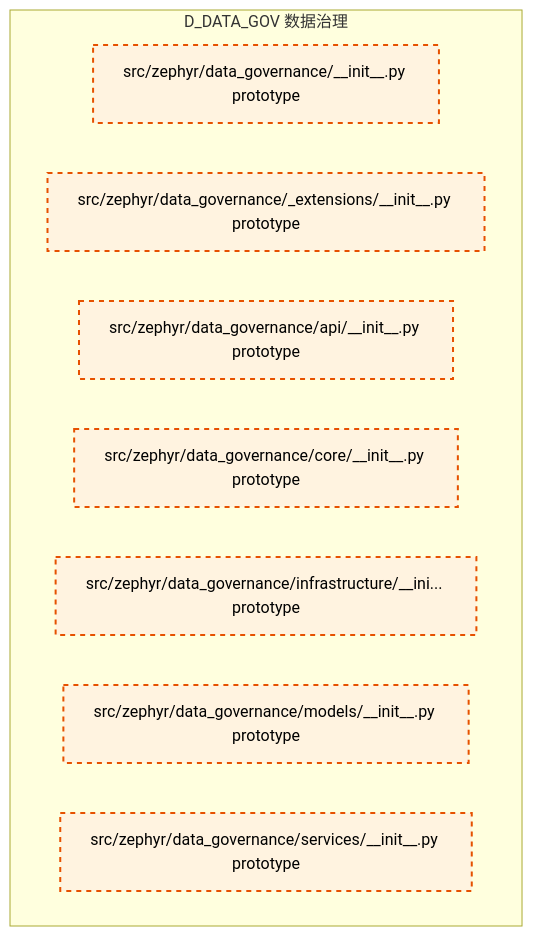
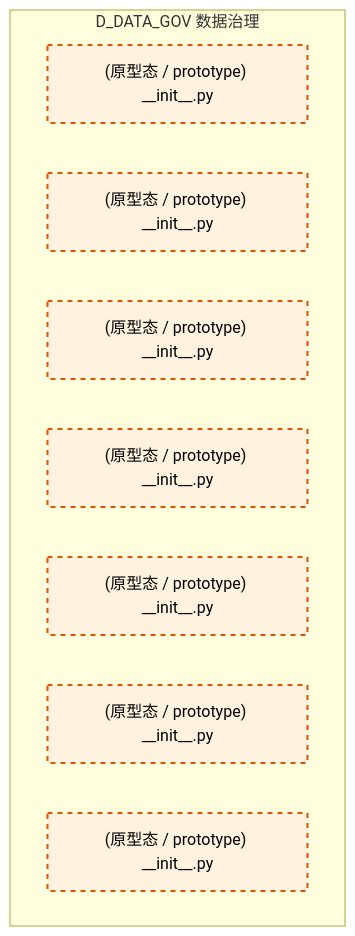
One commit to xuanFelixVan/ZephyrAlpha changed the diagram in docs/02_enterprise_architecture/02_domain_architecture_docs/09_d_data_gov.md. Above: the diagram before and after it, drawn with Mermaid. The commit also changed other lines of this file and 100 other files, not shown here.

````diff
--- a/docs/02_enterprise_architecture/02_domain_architecture_docs/09_d_data_gov.md
+++ b/docs/02_enterprise_architecture/02_domain_architecture_docs/09_d_data_gov.md
@@ -47,17 +49,17 @@
 ```mermaid
 graph TD
     subgraph D_DATA_GOV["D_DATA_GOV 数据治理"]
-        src_zephyr_data_governance_init_py["src/zephyr/data_governance/__init__.py prototype"]
-        src_zephyr_data_governance_extensions_init_py["src/zephyr/data_governance/_extensions/__init__.py prototype"]
-        src_zephyr_data_governance_api_init_py["src/zephyr/data_governance/api/__init__.py prototype"]
-        src_zephyr_data_governance_core_init_py["src/zephyr/data_governance/core/__init__.py prototype"]
-        src_zephyr_data_governance_infrastructure_init_py["src/zephyr/data_governance/infrastructure/__ini... prototype"]
-        src_zephyr_data_governance_models_init_py["src/zephyr/data_governance/models/__init__.py prototype"]
-        src_zephyr_data_governance_services_init_py["src/zephyr/data_governance/services/__init__.py prototype"]
+        src_zephyr_data_governance_init_py["(原型态 / prototype) __init__.py"]
+        src_zephyr_data_governance_extensions_init_py["(原型态 / prototype) __init__.py"]
+        src_zephyr_data_governance_api_init_py["(原型态 / prototype) __init__.py"]
+        src_zephyr_data_governance_core_init_py["(原型态 / prototype) __init__.py"]
+        src_zephyr_data_governance_infrastructure_init_py["(原型态 / prototype) __init__.py"]
+        src_zephyr_data_governance_models_init_py["(原型态 / prototype) __init__.py"]
+        src_zephyr_data_governance_services_init_py["(原型态 / prototype) __init__.py"]
     end
     classDef production fill:#e1f5fe,stroke:#01579b,stroke-width:2px,color:#000
     classDef design fill:#fff3e0,stroke:#e65100,stroke-width:2px,color:#000,stroke-dasharray: 5 5
     classDef external_prod fill:#e8f5e9,stroke:#1b5e20,stroke-width:1px,color:#000
     classDef external_design fill:#fce4ec,stroke:#880e4f,stroke-width:1px,color:#000,stroke-dasharray: 5 5
     class src_zephyr_data_governance_init_py,src_zephyr_data_governance_extensions_init_py,src_zephyr_data_governance_api_init_py,src_zephyr_data_governance_core_init_py,src_zephyr_data_governance_infrastructure_init_py,src_zephyr_data_governance_models_init_py,src_zephyr_data_governance_services_init_py design
 ```
````
